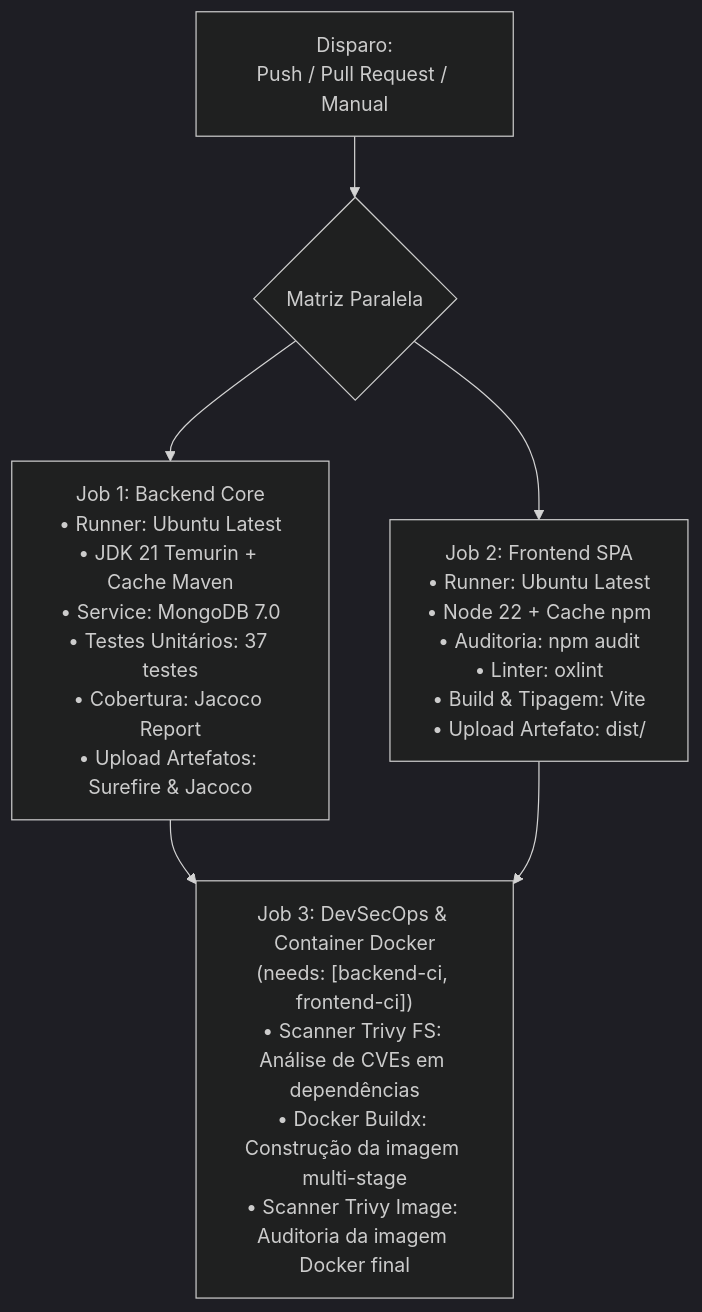
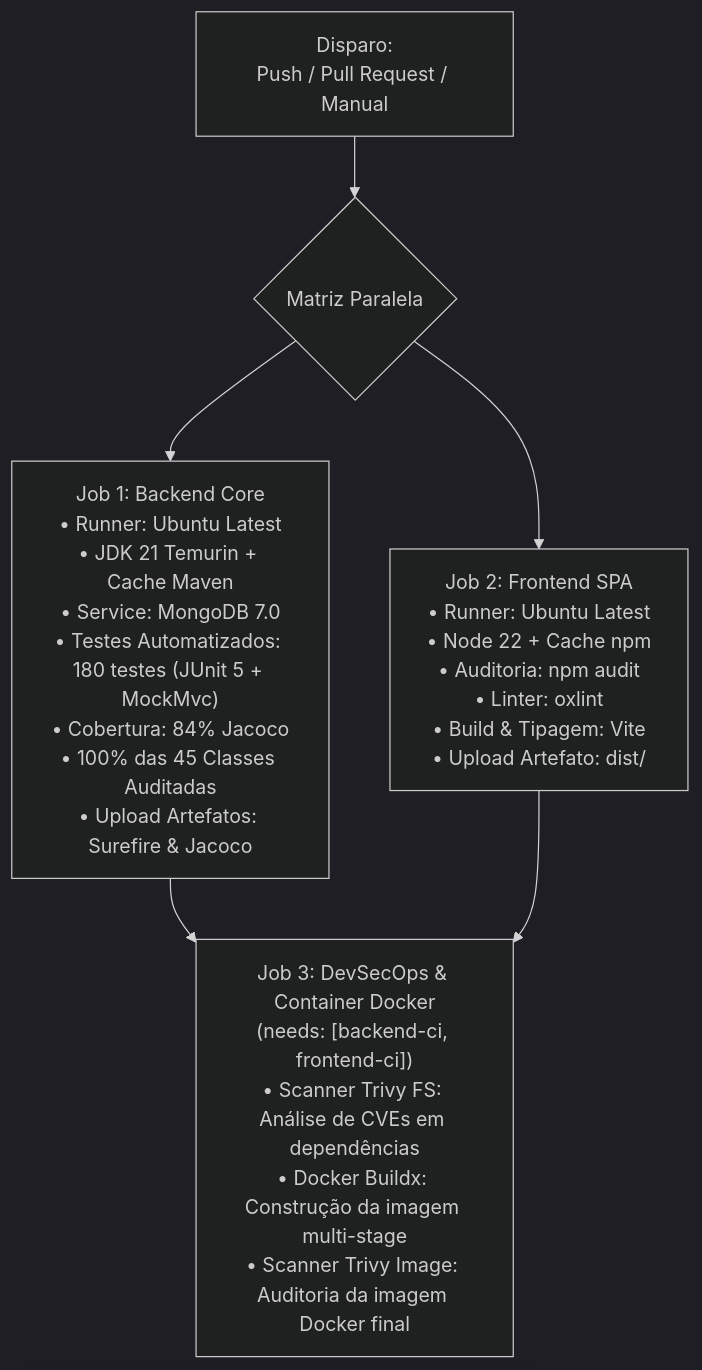
Before and after one commit to GuilhermeSilva-25/active-age: the diagram in 4-Semestre/devops/README.md, drawn with Mermaid (dark theme). The commit also changed 3 other files, not shown here.

Commit message:
ci(pipeline): atualiza relatorio executivo e metricas da pipeline para 180 testes e 84% jacoco

````diff
--- a/4-Semestre/devops/README.md
+++ b/4-Semestre/devops/README.md
@@ -27,8 +27,8 @@
 ```mermaid
 flowchart TD
     TRIG["Disparo:<br>Push / Pull Request / Manual"] --> FORK{"Matriz Paralela"}
-    FORK --> BACK["Job 1: Backend Core<br>• Runner: Ubuntu Latest<br>• JDK 21 Temurin + Cache Maven<br>• Service: MongoDB 7.0<br>• Testes Unitários: 37 testes<br>• Cobertura: Jacoco Report<br>• Upload Artefatos: Surefire & Jacoco"]
+    FORK --> BACK["Job 1: Backend Core<br>• Runner: Ubuntu Latest<br>• JDK 21 Temurin + Cache Maven<br>• Service: MongoDB 7.0<br>• Testes Automatizados: 180 testes (JUnit 5 + MockMvc)<br>• Cobertura: 84% Jacoco<br>• 100% das 45 Classes Auditadas<br>• Upload Artefatos: Surefire & Jacoco"]
     FORK --> FRONT["Job 2: Frontend SPA<br>• Runner: Ubuntu Latest<br>• Node 22 + Cache npm<br>• Auditoria: npm audit<br>• Linter: oxlint<br>• Build & Tipagem: Vite<br>• Upload Artefato: dist/"]
     BACK --> SEC["Job 3: DevSecOps & Container Docker<br>(needs: [backend-ci, frontend-ci])<br>• Scanner Trivy FS: Análise de CVEs em dependências<br>• Docker Buildx: Construção da imagem multi-stage<br>• Scanner Trivy Image: Auditoria da imagem Docker final"]
     FRONT --> SEC
 ```
````
